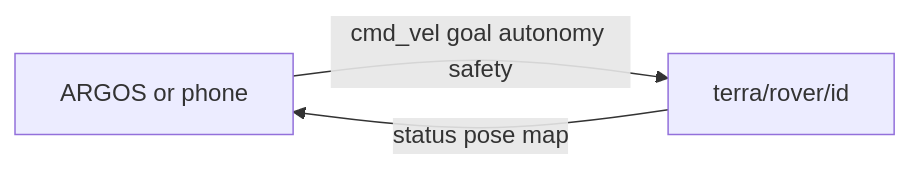
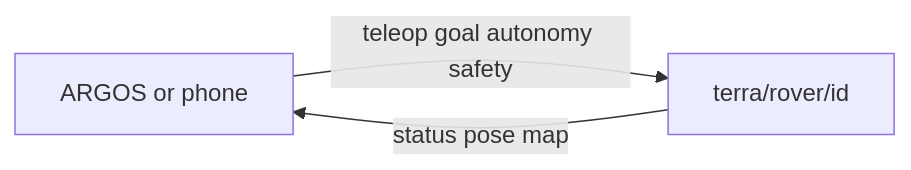
One commit to Super-Yojan/Terra changed the diagram in docs/autonomy/PROTOCOL.md. Above: the diagram before and after it, drawn with Mermaid. The commit also changed other lines of this file and 7 other files, not shown here.

````diff
--- a/docs/autonomy/PROTOCOL.md
+++ b/docs/autonomy/PROTOCOL.md
@@ -13,5 +13,5 @@
 ```mermaid
 flowchart LR
-  Op[ARGOS or phone] -->|cmd_vel goal autonomy safety| Rover[terra/rover/id]
+  Op[ARGOS or phone] -->|teleop goal autonomy safety| Rover[terra/rover/id]
   Rover -->|status pose map| Op
 ```
````
